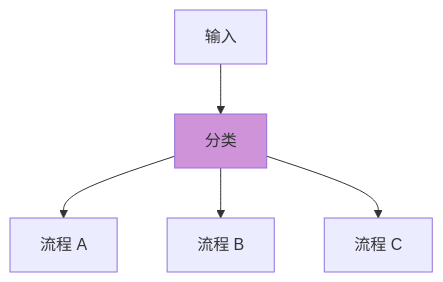
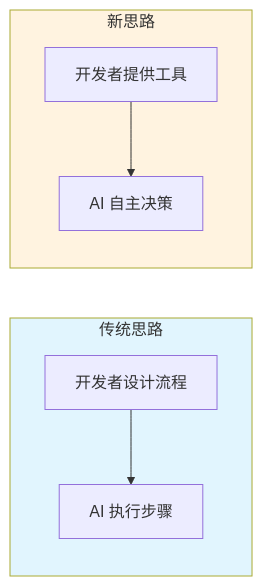
Before and after one commit to xavierxcn/xavierxcn: the second of 3 diagrams in content/posts/building-effective-agents.md, drawn with Mermaid. The commit also changed other lines of this file, not shown here.

````diff
--- a/content/posts/building-effective-agents.md
+++ b/content/posts/building-effective-agents.md
@@ -90,8 +46,13 @@
 ```mermaid
-graph TD
-    Input["输入"] --> Router["分类"]
-    Router --> A["流程 A"]
-    Router --> B["流程 B"]
-    Router --> C["流程 C"]
-    style Router fill:#ce93d8
+flowchart LR
+    subgraph 传统思路["传统思路"]
+        H1["开发者设计流程"] --> H2["AI 执行步骤"]
+    end
+
+    subgraph 新思路["新思路"]
+        N1["开发者提供工具"] --> N2["AI 自主决策"]
+    end
+
+    style 传统思路 fill:#e1f5fe
+    style 新思路 fill:#fff3e0
 ```
````
